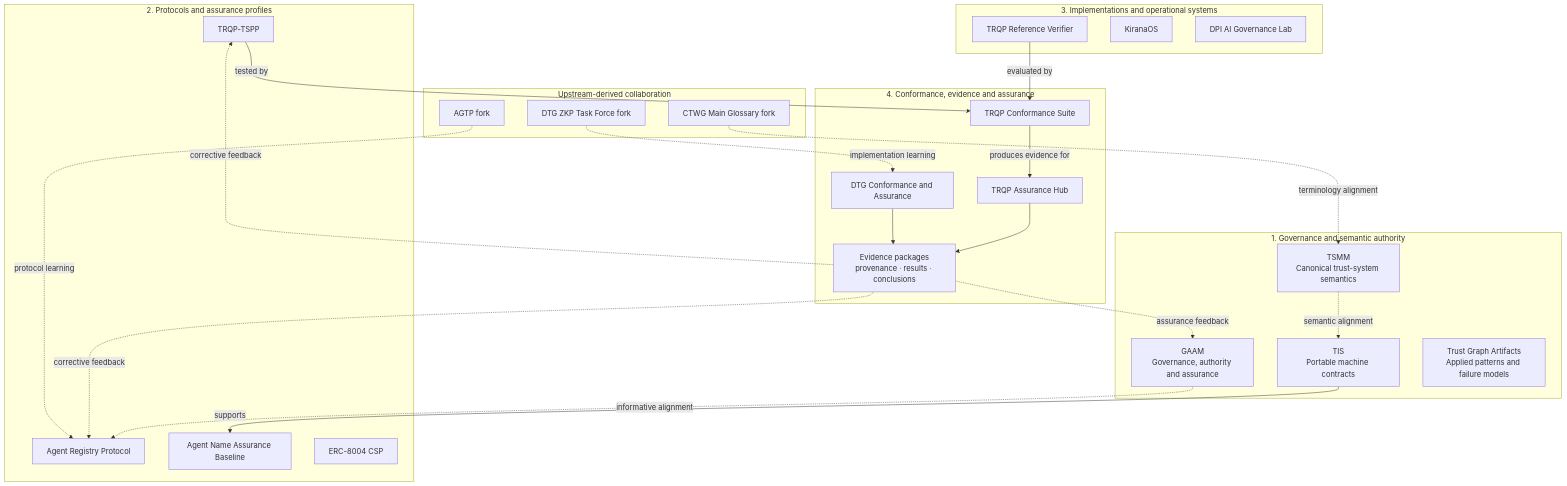
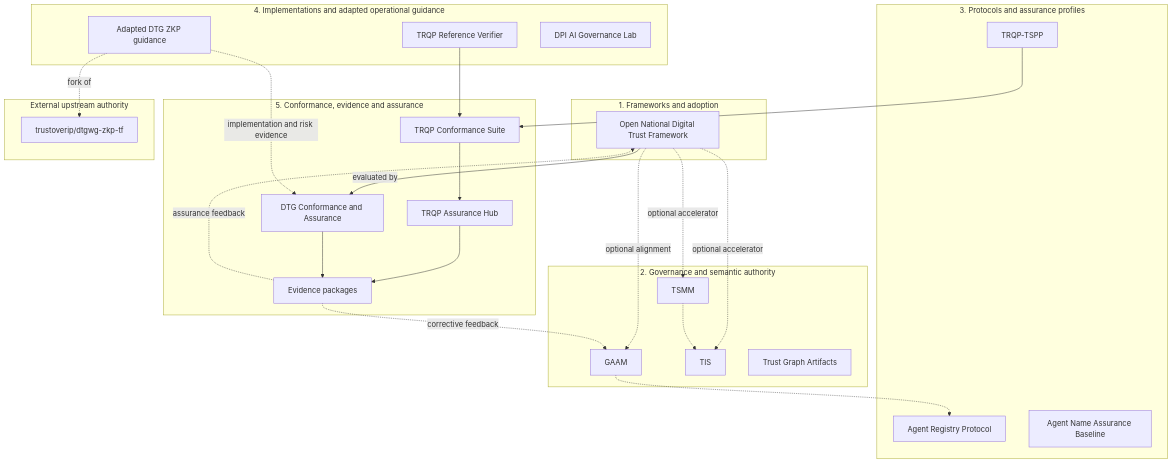
One commit to sankarshanmukhopadhyay/sankarshanmukhopadhyay changed the diagram in README.md. Above: the diagram before and after it, drawn with Mermaid. The commit also changed other lines of this file and 11 other files, not shown here.

First line of the commit message:
docs(portfolio): integrate ONDTF and govern adapted upstream work

````diff
--- a/README.md
+++ b/README.md
@@ -91,50 +92,46 @@
 ```mermaid
 flowchart TB
-    subgraph P1["1. Governance and semantic authority"]
-        GAAM["GAAM<br/>Governance, authority and assurance"]
-        TSMM["TSMM<br/>Canonical trust-system semantics"]
-        TIS["TIS<br/>Portable machine contracts"]
-        TGA["Trust Graph Artifacts<br/>Applied patterns and failure models"]
+    subgraph P0["1. Frameworks and adoption"]
+        ONDTF["Open National Digital Trust Framework"]
     end
-
-    subgraph P2["2. Protocols and assurance profiles"]
+    subgraph P1["2. Governance and semantic authority"]
+        GAAM["GAAM"]
+        TSMM["TSMM"]
+        TIS["TIS"]
+        TGA["Trust Graph Artifacts"]
+    end
+    subgraph P2["3. Protocols and assurance profiles"]
         ARPA["Agent Registry Protocol"]
         ANAB["Agent Name Assurance Baseline"]
         TSPP["TRQP-TSPP"]
-        ERC["ERC-8004 CSP"]
     end
-
-    subgraph P3["3. Implementations and operational systems"]
+    subgraph P3["4. Implementations and adapted operational guidance"]
         VERIFIER["TRQP Reference Verifier"]
-        KIRANA["KiranaOS"]
+        ZKP["Adapted DTG ZKP guidance"]
         DPI["DPI AI Governance Lab"]
     end
-
-    subgraph P4["4. Conformance, evidence and assurance"]
+    subgraph P4["5. Conformance, evidence and assurance"]
         TRQPCS["TRQP Conformance Suite"]
         HUB["TRQP Assurance Hub"]
         DTGCA["DTG Conformance and Assurance"]
-        EVIDENCE["Evidence packages<br/>provenance · results · conclusions"]
+        EVIDENCE["Evidence packages"]
     end
-
-    subgraph UP["Upstream-derived collaboration"]
-        ZKP["DTG ZKP Task Force fork"]
-        AGTP["AGTP fork"]
-        CTWG["CTWG Main Glossary fork"]
+    subgraph UP["External upstream authority"]
+        ZKPUP["trustoverip/dtgwg-zkp-tf"]
     end
-
-    TSMM -. "semantic alignment" .-> TIS
-    TIS -->|supports| ANAB
-    GAAM -. "informative alignment" .-> ARPA
-    TSPP -->|tested by| TRQPCS
-    VERIFIER -->|evaluated by| TRQPCS
-    TRQPCS -->|produces evidence for| HUB
+    ONDTF -. "optional alignment" .-> GAAM
+    ONDTF -. "optional accelerator" .-> TSMM
+    ONDTF -. "optional accelerator" .-> TIS
+    ONDTF -->|evaluated by| DTGCA
+    TSMM -.-> TIS
+    GAAM -.-> ARPA
+    TSPP --> TRQPCS
+    VERIFIER --> TRQPCS
+    TRQPCS --> HUB
     HUB --> EVIDENCE
     DTGCA --> EVIDENCE
-    EVIDENCE -. "assurance feedback" .-> GAAM
-    EVIDENCE -. "corrective feedback" .-> TSPP
-    EVIDENCE -. "corrective feedback" .-> ARPA
-    CTWG -. "terminology alignment" .-> TSMM
-    ZKP -. "implementation learning" .-> DTGCA
-    AGTP -. "protocol learning" .-> ARPA
+    EVIDENCE -. "assurance feedback" .-> ONDTF
+    EVIDENCE -. "corrective feedback" .-> GAAM
+    ZKP -. "implementation and risk evidence" .-> DTGCA
+    ZKP -. "fork of" .-> ZKPUP
 ```
````
